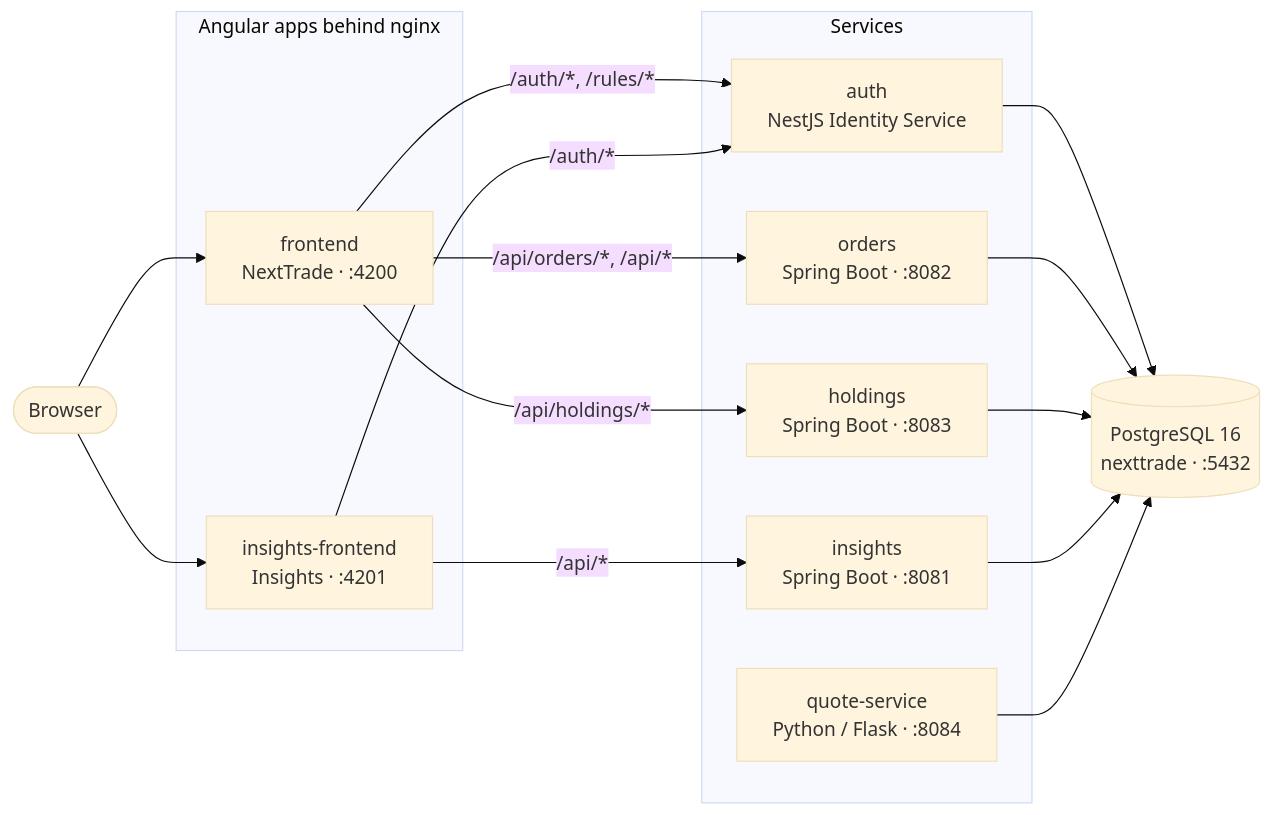
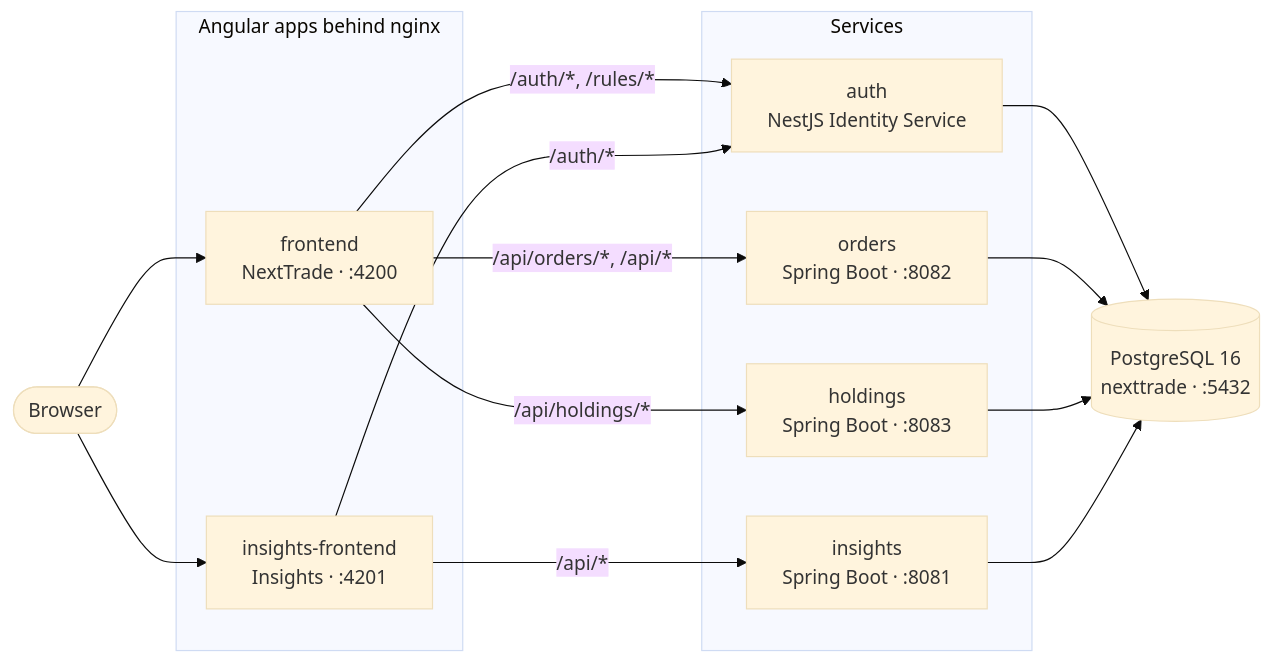
One commit to juliawiecek/lil-leap changed the first of 2 diagrams in README.md. Above: the diagram before and after it, drawn with Mermaid (base theme). The commit also changed other lines of this file and 83 other files, not shown here.

First line of the commit message:
feat: fold the quote service into holdings (5 services for demo day)

````diff
--- a/README.md
+++ b/README.md
@@ -103,27 +101,26 @@
 ```mermaid
 flowchart LR
     browser([Browser])
 
     subgraph web["Angular apps behind nginx"]
         fe["frontend<br/>NextTrade · :4200"]
         ife["insights-frontend<br/>Insights · :4201"]
     end
 
     subgraph services["Services"]
         auth["auth<br/>NestJS Identity Service"]
         orders["orders<br/>Spring Boot · :8082"]
         holdings["holdings<br/>Spring Boot · :8083"]
         insights["insights<br/>Spring Boot · :8081"]
-        quotes["quote-service<br/>Python / Flask · :8084"]
     end
 
     db[("PostgreSQL 16<br/>nexttrade · :5432")]
 
     browser --> fe & ife
     fe -- "/auth/*, /rules/*" --> auth
     fe -- "/api/orders/*, /api/*" --> orders
     fe -- "/api/holdings/*" --> holdings
     ife -- "/auth/*" --> auth
     ife -- "/api/*" --> insights
-    auth & orders & holdings & insights & quotes --> db
+    auth & orders & holdings & insights --> db
 ```
````
